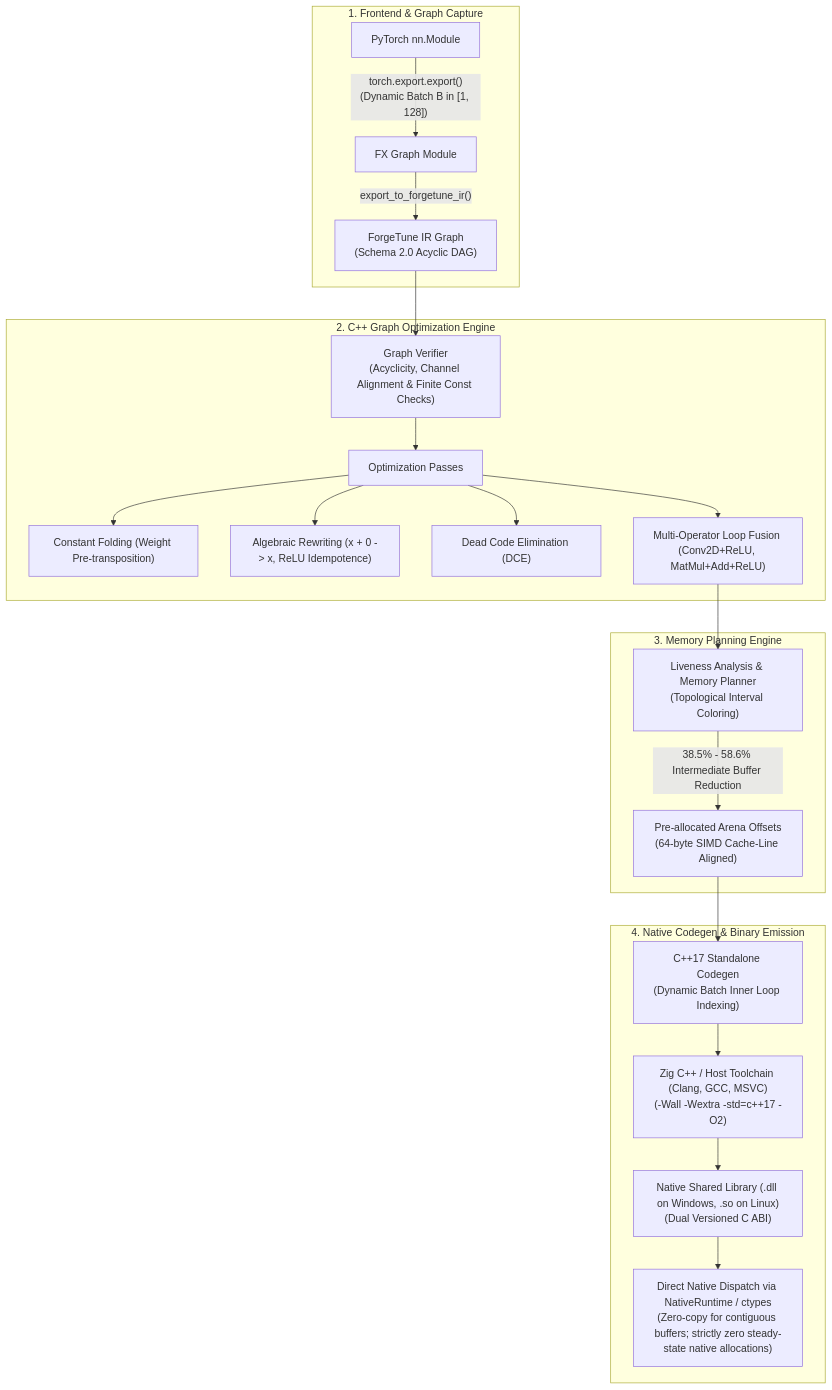
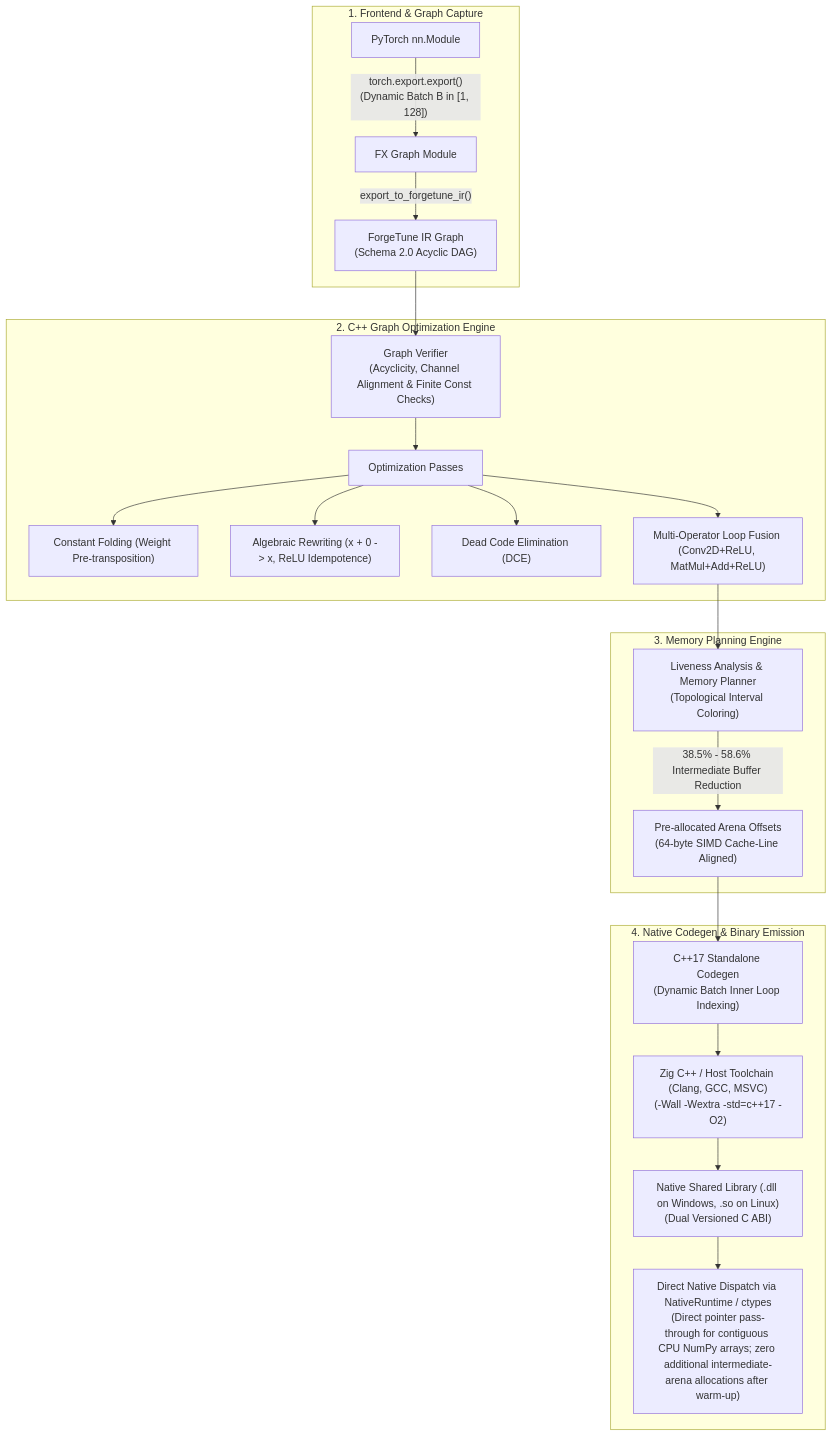
Before and after one commit to TDheeraj14569/Forgetune: the diagram in README.md, drawn with Mermaid. The commit also changed other lines of this file and 22 other files, not shown here.

Commit message:
fix(release): complete Graph validation, Newey-West HAC benchmark inference, and ABI docs

````diff
--- a/README.md
+++ b/README.md
@@ -93,28 +93,28 @@
 ```mermaid
 flowchart TD
     subgraph Frontend["1. Frontend & Graph Capture"]
         A["PyTorch nn.Module"] -->|"torch.export.export()<br/>(Dynamic Batch B in [1, 128])"| B["FX Graph Module"]
         B -->|"export_to_forgetune_ir()"| C["ForgeTune IR Graph<br/>(Schema 2.0 Acyclic DAG)"]
     end
 
     subgraph Optimization["2. C++ Graph Optimization Engine"]
         C --> D["Graph Verifier<br/>(Acyclicity, Channel Alignment & Finite Const Checks)"]
         D --> E["Optimization Passes"]
         E --> E1["Constant Folding (Weight Pre-transposition)"]
         E --> E2["Algebraic Rewriting (x + 0 -> x, ReLU Idempotence)"]
         E --> E3["Dead Code Elimination (DCE)"]
         E --> E4["Multi-Operator Loop Fusion (Conv2D+ReLU, MatMul+Add+ReLU)"]
     end
 
     subgraph Memory["3. Memory Planning Engine"]
         E4 --> F["Liveness Analysis & Memory Planner<br/>(Topological Interval Coloring)"]
         F -->|"38.5% - 58.6% Intermediate Buffer Reduction"| G["Pre-allocated Arena Offsets<br/>(64-byte SIMD Cache-Line Aligned)"]
     end
 
     subgraph Native["4. Native Codegen & Binary Emission"]
         G --> H["C++17 Standalone Codegen<br/>(Dynamic Batch Inner Loop Indexing)"]
         H --> I["Zig C++ / Host Toolchain (Clang, GCC, MSVC)<br/>(-Wall -Wextra -std=c++17 -O2)"]
         I --> J["Native Shared Library (.dll on Windows, .so on Linux)<br/>(Dual Versioned C ABI)"]
-        J --> K["Direct Native Dispatch via NativeRuntime / ctypes<br/>(Zero-copy for contiguous buffers; strictly zero steady-state native allocations)"]
+        J --> K["Direct Native Dispatch via NativeRuntime / ctypes<br/>(Direct pointer pass-through for contiguous CPU NumPy arrays; zero additional intermediate-arena allocations after warm-up)"]
     end
 ```
````
